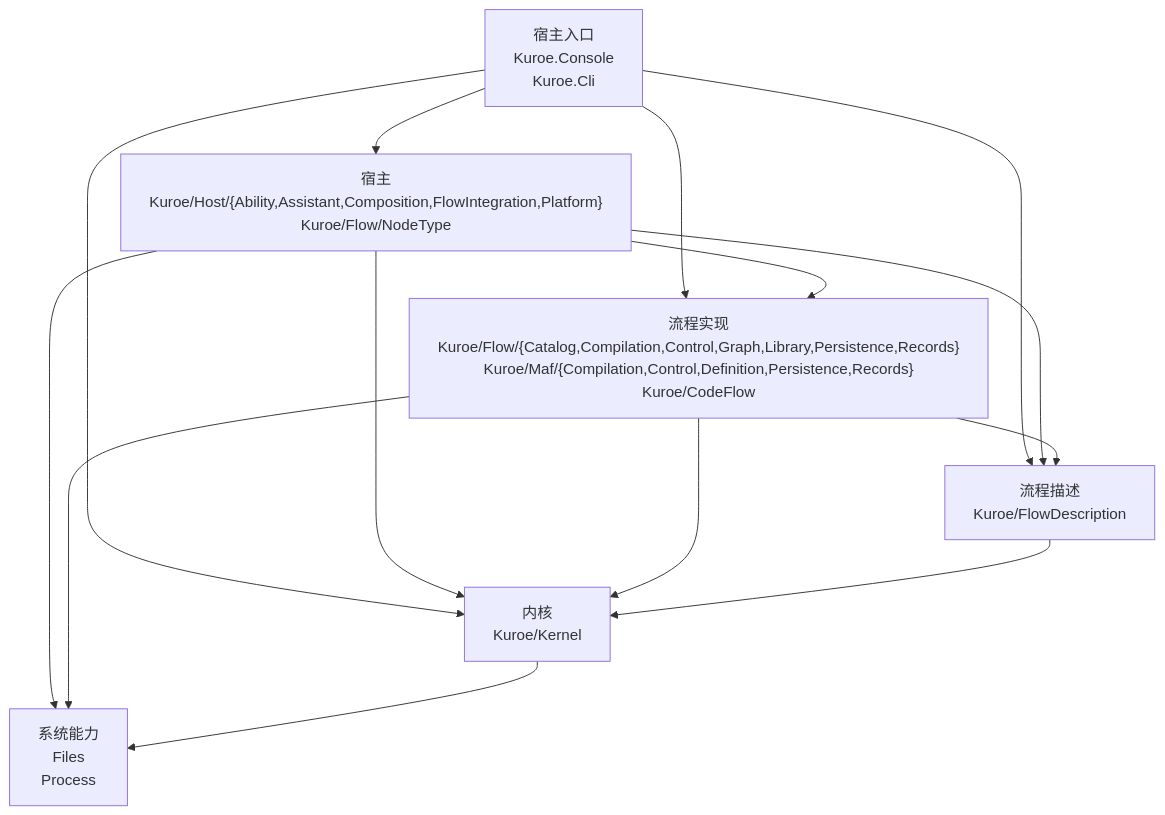
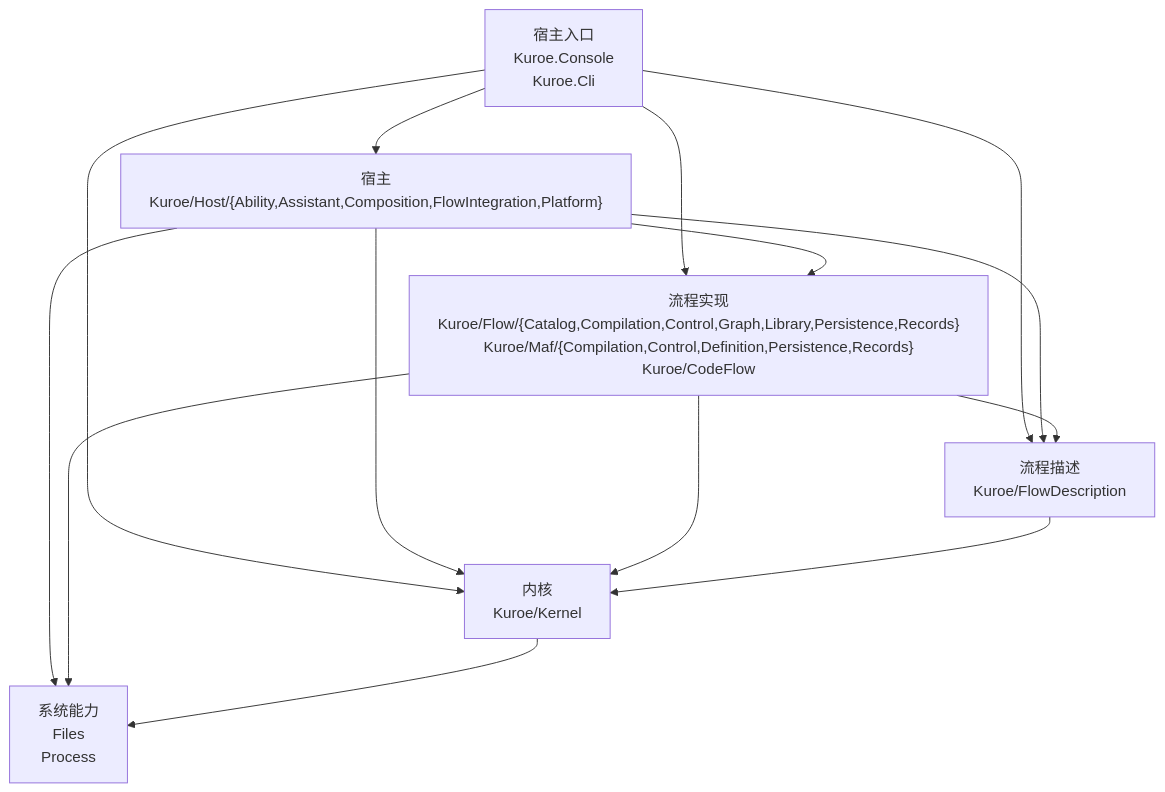
Before and after one commit to DrMelt/Kuroe: the diagram in docs/dev/architecture/functional-boundary/index.md, drawn with Mermaid. The commit also changed 35 other files, not shown here.

Commit message:
容器节点类型从 Flow/NodeType 迁入 Host/Ability/Node

````diff
--- a/docs/dev/architecture/functional-boundary/index.md
+++ b/docs/dev/architecture/functional-boundary/index.md
@@ -3,23 +3,23 @@
 ```mermaid
 flowchart TD
     LEntry["宿主入口<br>Kuroe.Console<br>Kuroe.Cli"]
-    LHost["宿主<br>Kuroe/Host/{Ability,Assistant,Composition,FlowIntegration,Platform}<br>Kuroe/Flow/NodeType"]
+    LHost["宿主<br>Kuroe/Host/{Ability,Assistant,Composition,FlowIntegration,Platform}"]
     LFlow["流程实现<br>Kuroe/Flow/{Catalog,Compilation,Control,Graph,Library,Persistence,Records}<br>Kuroe/Maf/{Compilation,Control,Definition,Persistence,Records}<br>Kuroe/CodeFlow"]
     LDescription["流程描述<br>Kuroe/FlowDescription"]
     LKernel["内核<br>Kuroe/Kernel"]
     LSystem["系统能力<br>Files<br>Process"]
 
     LEntry --> LHost
     LEntry --> LFlow
     LEntry --> LDescription
     LEntry --> LKernel
     LHost --> LFlow
     LHost --> LDescription
     LHost --> LKernel
     LHost --> LSystem
     LFlow --> LDescription
     LFlow --> LKernel
     LFlow --> LSystem
     LDescription --> LKernel
     LKernel --> LSystem
 ```
````
